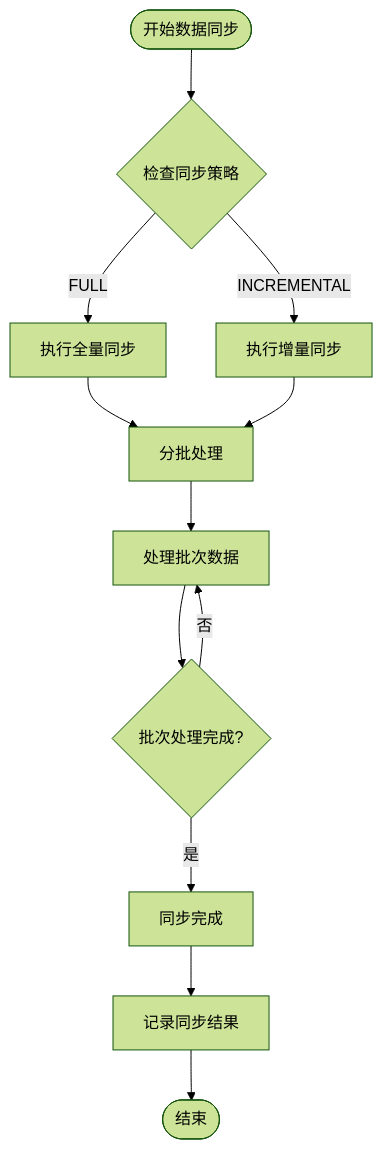
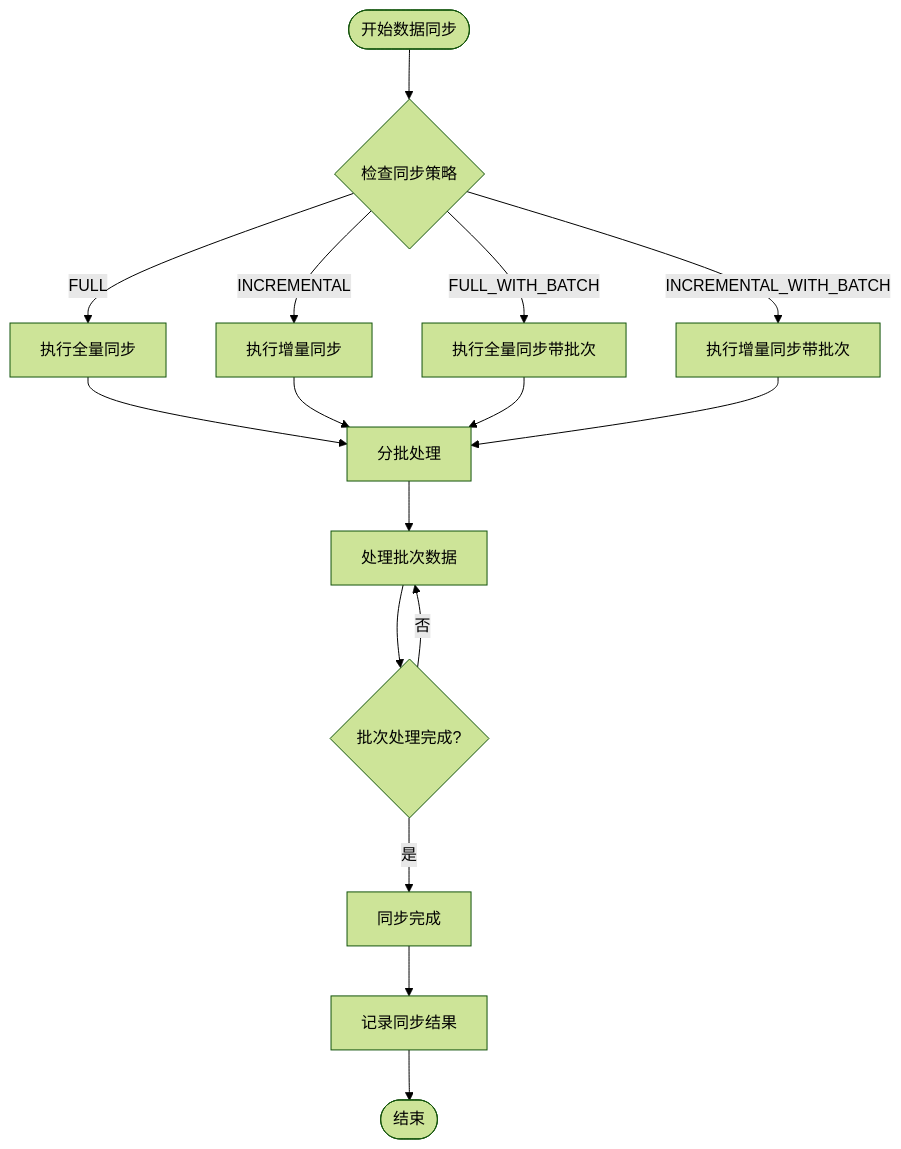
The ninth of 22 diagrams in .qoder/repowiki/zh/content/Patient Data Management.md (liuzh2008/med_ai_assistant_workspace), drawn with Mermaid (forest theme) before and after one commit. The commit also changed other lines of this file and 5 other files, not shown here.

````diff
--- a/.qoder/repowiki/zh/content/Patient Data Management.md
+++ b/.qoder/repowiki/zh/content/Patient Data Management.md
@@ -456,14 +546,18 @@
 ```mermaid
 flowchart TD
 Start([开始数据同步]) --> CheckStrategy{检查同步策略}
 CheckStrategy --> |FULL| FullSync[执行全量同步]
 CheckStrategy --> |INCREMENTAL| IncrementalSync[执行增量同步]
+CheckStrategy --> |FULL_WITH_BATCH| FullBatchSync[执行全量同步带批次]
+CheckStrategy --> |INCREMENTAL_WITH_BATCH| IncrementalBatchSync[执行增量同步带批次]
 FullSync --> BatchProcess[分批处理]
 IncrementalSync --> BatchProcess
+FullBatchSync --> BatchProcess
+IncrementalBatchSync --> BatchProcess
 BatchProcess --> ProcessBatch[处理批次数据]
 ProcessBatch --> CheckComplete{批次处理完成?}
 CheckComplete --> |否| ProcessBatch
 CheckComplete --> |是| Complete[同步完成]
 Complete --> LogResult[记录同步结果]
 LogResult --> End([结束])
 ```
````
